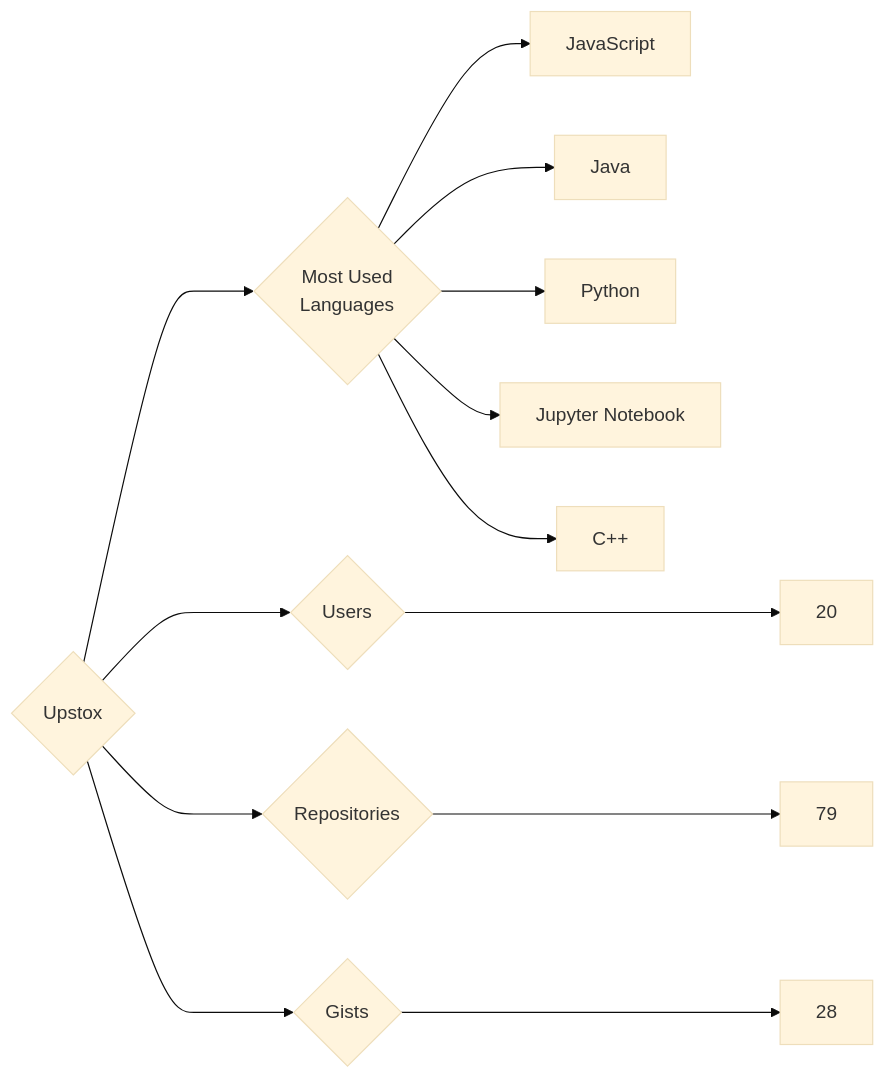
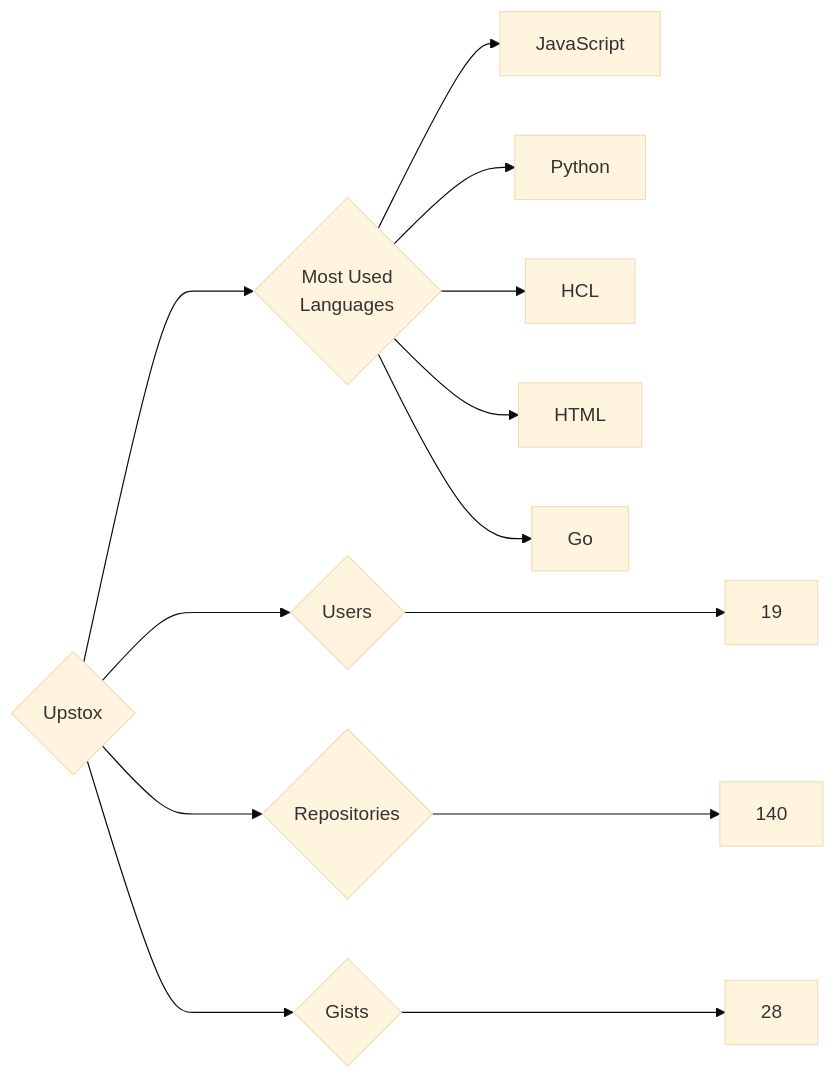
Before and after one commit to trickest/insiders: the diagram in targets/Upstox/README.md, drawn with Mermaid (base theme). The commit also changed 725 other files, not shown here.

````diff
--- a/targets/Upstox/README.md
+++ b/targets/Upstox/README.md
@@ -3,13 +3,13 @@
 ```mermaid
 graph LR
 COMPANY_NAME{Upstox}
-COMPANY_NAME ---> U{Users} ---> UN[20]
-COMPANY_NAME ---> R{Repositories} ---> RN[79]
+COMPANY_NAME ---> U{Users} ---> UN[19]
+COMPANY_NAME ---> R{Repositories} ---> RN[140]
 COMPANY_NAME ---> G{Gists} ---> GN[28]
 COMPANY_NAME ---> ML{Most Used<br>Languages}
 ML --> JavaScript[JavaScript]
-ML --> Java[Java]
 ML --> Python[Python]
-ML --> Jupyter_Notebook[Jupyter Notebook]
-ML --> C++[C++]
+ML --> HCL[HCL]
+ML --> HTML[HTML]
+ML --> Go[Go]
 ```
````
